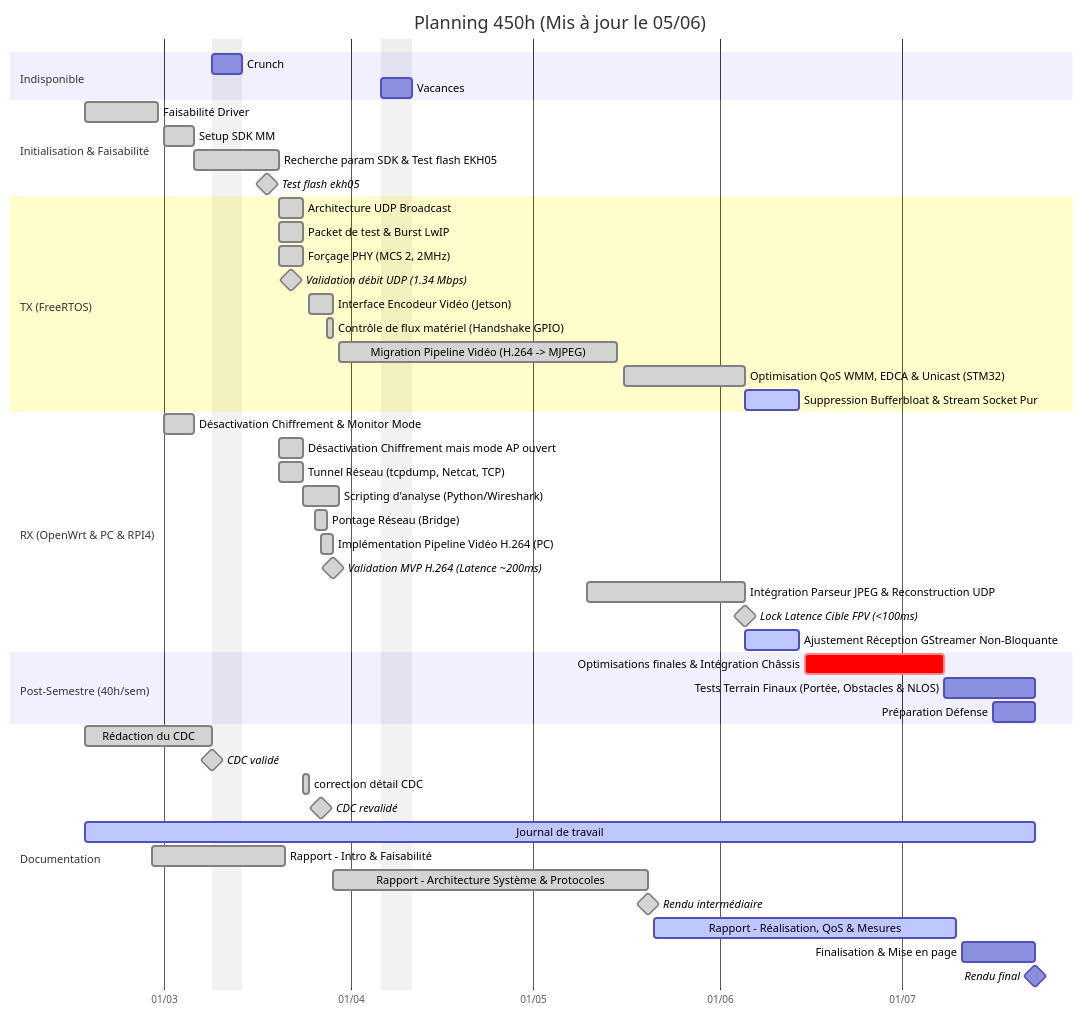
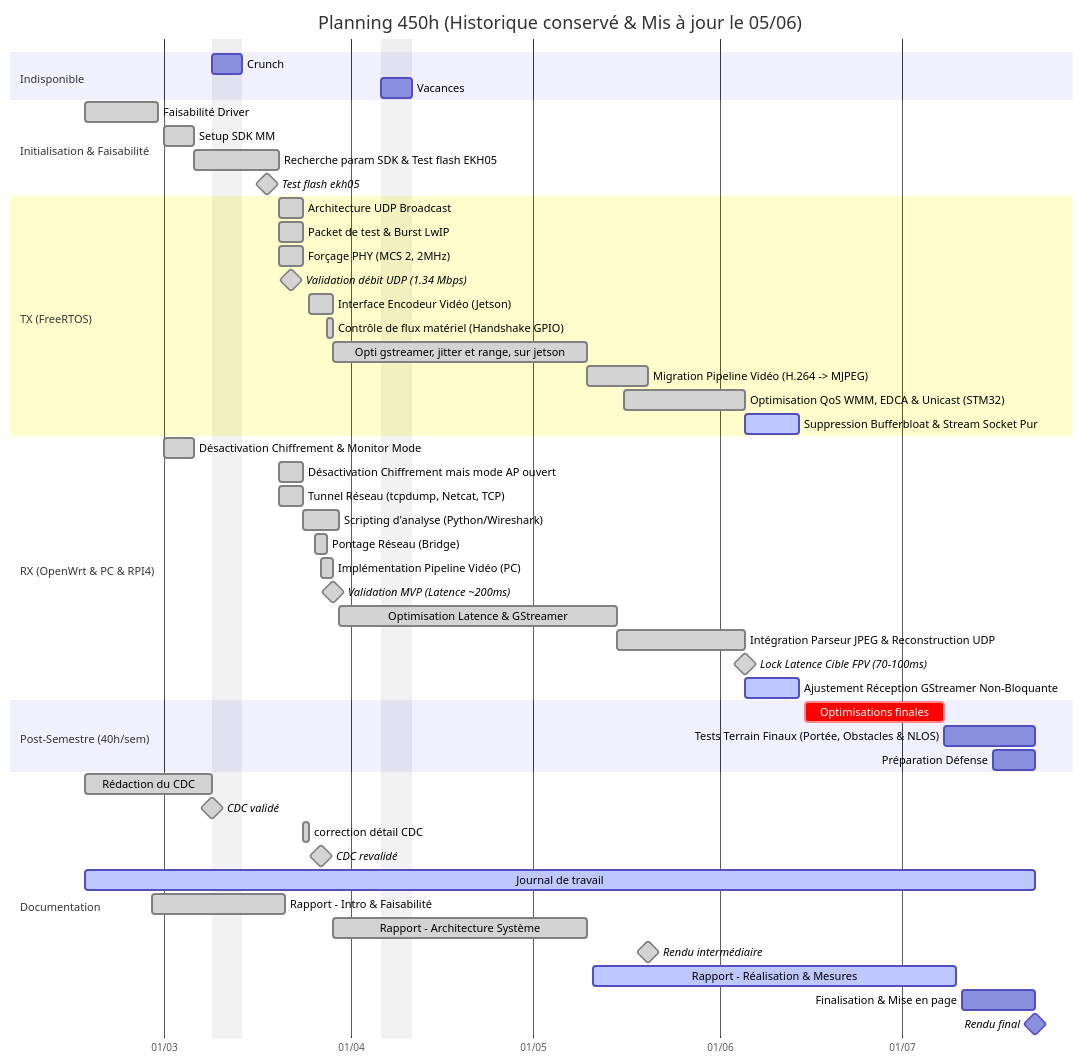
The seventh of 7 diagrams in JOURNAL/JOURNAL_DE_TRAVAIL.md (TschantzN/doc-bachelore-2026), drawn with Mermaid before and after one commit.

Commit message:
update gantt

````diff
--- a/JOURNAL/JOURNAL_DE_TRAVAIL.md
+++ b/JOURNAL/JOURNAL_DE_TRAVAIL.md
@@ -409,61 +409,61 @@
 ```mermaid
 gantt
-    title Planning 450h (Mis à jour le 05/06)
+    title Planning 450h (Historique conservé & Mis à jour le 05/06)
     dateFormat  YYYY-MM-DD
     axisFormat  %d/%m
 
     excludes 2026-03-09,2026-03-10,2026-03-11,2026-03-12,2026-03-13,2026-04-06,2026-04-07,2026-04-08,2026-04-09,2026-04-10
     
     section Indisponible
     Crunch      :2026-03-09, 2026-03-14
     Vacances    :2026-04-06, 2026-04-11
 
     section Initialisation & Faisabilité
     Faisabilité Driver :done, p1, 2026-02-16, 2026-02-28
     Setup SDK MM       :done, p2, 2026-03-01, 2026-03-06
     Recherche param SDK & Test flash EKH05 :done, p3, 2026-03-06, 2026-03-20
     Test flash ekh05         :done,milestone ,2026-03-18, 0d
 
     section TX (FreeRTOS)
     Architecture UDP Broadcast :done, tx1, 2026-03-20, 2026-03-24
     Packet de test & Burst LwIP :done, tx2, 2026-03-20, 2026-03-24
     Forçage PHY (MCS 2, 2MHz) :done, tx3, 2026-03-20, 2026-03-24
     Validation débit UDP (1.34 Mbps) :done,milestone ,2026-03-22, 0d
     Interface Encodeur Vidéo (Jetson) :done, tx4, 2026-03-25, 2026-03-29
     Contrôle de flux matériel (Handshake GPIO) :done, tx4b, 2026-03-28, 2026-03-29
-    Migration Pipeline Vidéo (H.264 -> MJPEG) :done, tx5, 2026-03-30, 2026-05-15
-    Optimisation QoS WMM, EDCA & Unicast (STM32) :done, tx5b, 2026-05-16, 2026-06-05
-    Suppression Bufferbloat & Stream Socket Pur :active, tx5c, 2026-06-05, 2026-06-14
+    Opti gstreamer, jitter et range, sur jetson :done, tx5, 2026-03-29, 2026-05-10
+    Migration Pipeline Vidéo (H.264 -> MJPEG) :done, tx6, 2026-05-10, 2026-05-20
+    Optimisation QoS WMM, EDCA & Unicast (STM32) :done, tx7, 2026-05-16, 2026-06-05
+    Suppression Bufferbloat & Stream Socket Pur :active, tx8, 2026-06-05, 2026-06-14
 
     section RX (OpenWrt & PC & RPI4)
     Désactivation Chiffrement & Monitor Mode :done, rx1, 2026-03-01, 2026-03-06
     Désactivation Chiffrement mais mode AP ouvert:done, rx2, 2026-03-20, 2026-03-24
     Tunnel Réseau (tcpdump, Netcat, TCP) :done, rx3, 2026-03-20, 2026-03-24
     Scripting d'analyse (Python/Wireshark) :done, rx4, 2026-03-24, 2026-03-30
     Pontage Réseau (Bridge) :done, rx4b, 2026-03-26, 2026-03-28
-    Implémentation Pipeline Vidéo H.264 (PC) :done, rx5, 2026-03-27, 2026-03-29
-    Validation MVP H.264 (Latence ~200ms) :done,milestone, 2026-03-29, 0d
-    Intégration Parseur JPEG & Reconstruction UDP :done, rx6, 2026-05-10, 2026-06-05
-    Lock Latence Cible FPV (<100ms) :done,milestone, 2026-06-05, 0d
-    Ajustement Réception GStreamer Non-Bloquante :active, rx7, 2026-06-05, 2026-06-14
-
+    Implémentation Pipeline Vidéo (PC) :done, rx5, 2026-03-27, 2026-03-29
+    Validation MVP (Latence ~200ms) :done,milestone, 2026-03-29, 0d
+    Optimisation Latence & GStreamer :done, rx6, 2026-03-30, 2026-05-15
+    Intégration Parseur JPEG & Reconstruction UDP :done, rx7, 2026-05-15, 2026-06-05
+    Lock Latence Cible FPV (70-100ms) :done,milestone, 2026-06-05, 0d
+    Ajustement Réception GStreamer Non-Bloquante :active, rx8, 2026-06-05, 2026-06-14
 
     section Post-Semestre (40h/sem)
-    Optimisations finales & Intégration Châssis :crit, int1, 2026-06-15, 2026-07-08
+    Optimisations finales :crit, int1, 2026-06-15, 2026-07-08
     Tests Terrain Finaux (Portée, Obstacles & NLOS) :int2, 2026-07-08, 2026-07-23
     Préparation Défense               :int3, 2026-07-16, 2026-07-23
 
     section Documentation
     Rédaction du CDC         :done, doc1, 2026-02-16, 2026-03-09
     CDC validé               :done, milestone ,2026-03-09, 0d
     correction détail CDC    :done, doc2, 2026-03-24, 1d
     CDC revalidé             :done, milestone ,2026-03-27, 0d
     Journal de travail       :active, doc3, 2026-02-16, 2026-07-23
     Rapport - Intro & Faisabilité :done,doc4, 2026-02-27, 2026-03-21
-    Rapport - Architecture Système & Protocoles :done,doc4b, 2026-03-29, 2026-05-20
-    Rendu intermédiaire      :done, milestone ,2026-05-20, 0d
-    Rapport - Réalisation, QoS & Mesures :active,doc5, 2026-05-21, 2026-07-10
+    Rapport - Architecture Système :done,doc4b, 2026-03-29, 2026-05-10
+    Rendu intermédiaire         :done,milestone ,2026-05-20, 0d
+    Rapport - Réalisation & Mesures :active,doc5, 2026-05-11, 2026-07-10
     Finalisation & Mise en page :doc6, 2026-07-11, 2026-07-23
     Rendu final                 :milestone ,2026-07-23, 0d
-
 ```
````
